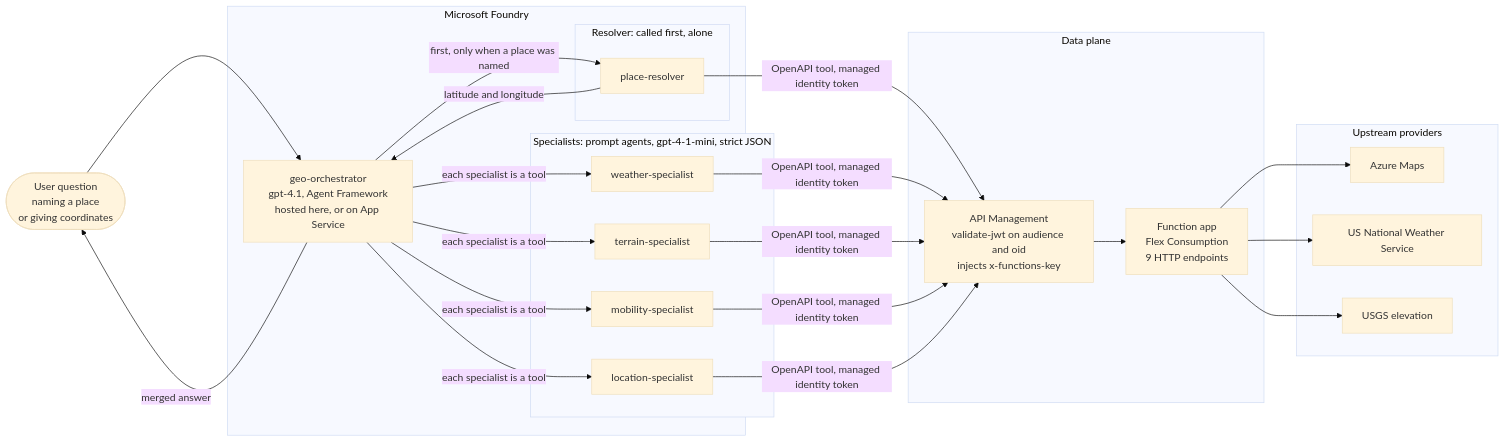
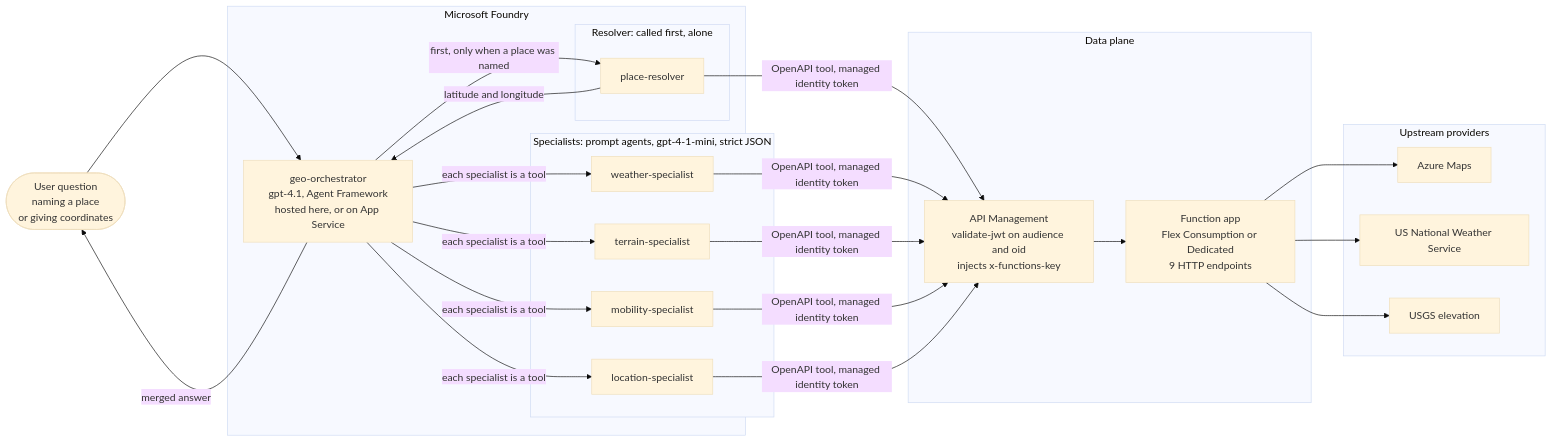
Before and after one commit to TK11703/geo-location-agents: the first of 3 diagrams in README.md, drawn with Mermaid (base theme). The commit also changed other lines of this file, not shown here.

````diff
--- a/README.md
+++ b/README.md
@@ -24,39 +24,39 @@
 ```mermaid
 flowchart LR
     User(["User question<br/>naming a place<br/>or giving coordinates"])
 
     subgraph Foundry["Microsoft Foundry"]
         Orch["geo-orchestrator<br/>gpt-4.1, Agent Framework<br/>hosted here, or on App Service"]
 
         subgraph Res["Resolver: called first, alone"]
             P["place-resolver"]
         end
 
         subgraph Spec["Specialists: prompt agents, gpt-4-1-mini, strict JSON"]
             W["weather-specialist"]
             T["terrain-specialist"]
             M["mobility-specialist"]
             L["location-specialist"]
         end
     end
 
     subgraph Gate["Data plane"]
         APIM["API Management<br/>validate-jwt on audience and oid<br/>injects x-functions-key"]
-        Fn["Function app<br/>Flex Consumption<br/>9 HTTP endpoints"]
+        Fn["Function app<br/>Flex Consumption or Dedicated<br/>9 HTTP endpoints"]
     end
 
     subgraph Up["Upstream providers"]
         Maps["Azure Maps"]
         NWS["US National Weather Service"]
         USGS["USGS elevation"]
     end
 
     User --> Orch
     Orch -->|"first, only when a place was named"| P
     P -->|"latitude and longitude"| Orch
     Orch -->|"each specialist is a tool"| W & T & M & L
     P & W & T & M & L -->|"OpenAPI tool, managed identity token"| APIM
     APIM --> Fn
     Fn --> Maps & NWS & USGS
     Orch -->|"merged answer"| User
 ```
````
